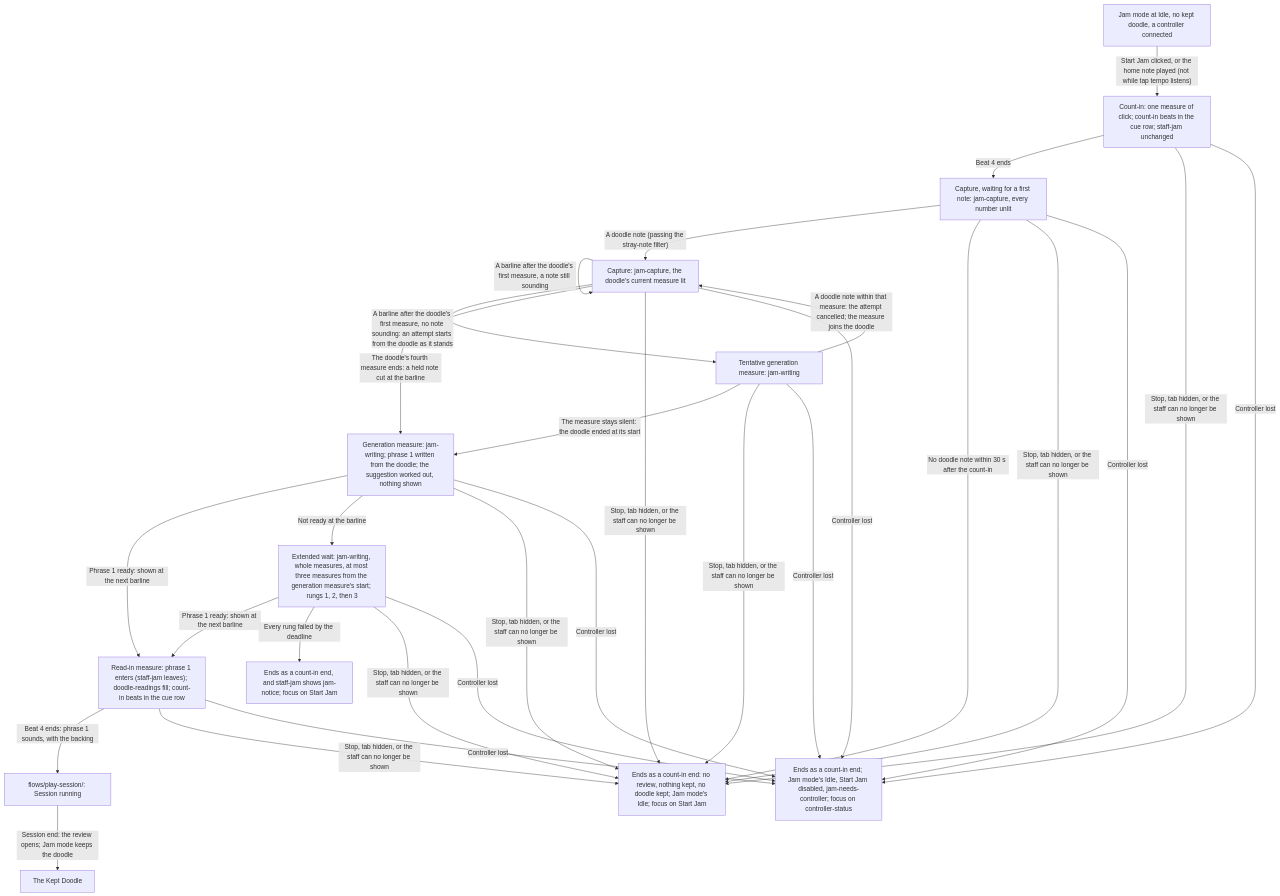
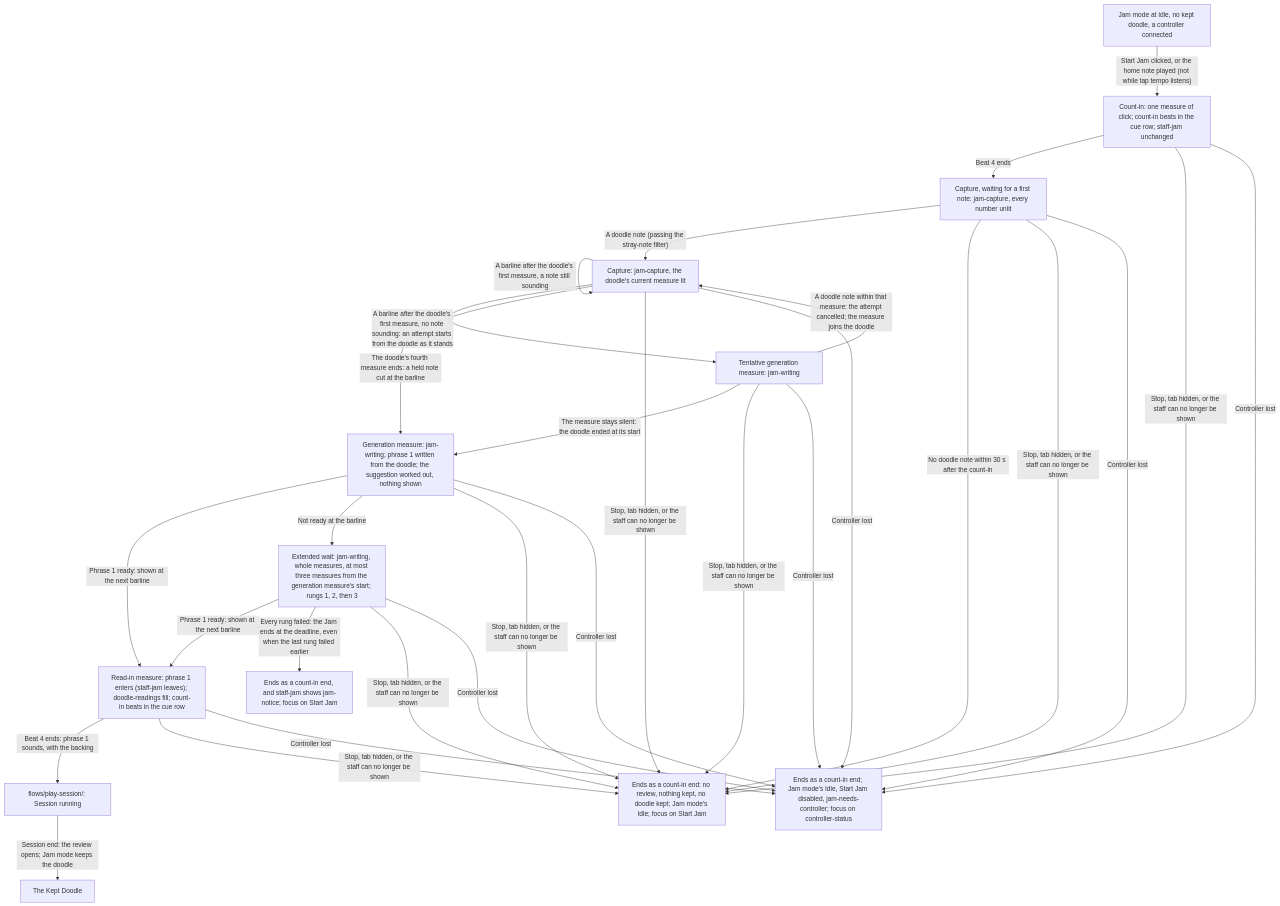
The second of 3 diagrams in ui_ux/flows/jam/handoff.md (kluthen/infinite-flow), drawn with Mermaid before and after one commit. The commit also changed other lines of this file and 3 other files, not shown here.

Commit message:
UX D447: align the Jam flow with spec D457 (phrase 2 at phrase 1's hand-over; a failed Jam ends at the deadline)

````diff
--- a/ui_ux/flows/jam/handoff.md
+++ b/ui_ux/flows/jam/handoff.md
@@ -38,23 +38,23 @@
 ```mermaid
 flowchart TD
   JI["Jam mode at Idle, no kept doodle, a controller connected"] -->|"Start Jam clicked, or the home note played (not while tap tempo listens)"| CI
   CI["Count-in: one measure of click; count-in beats in the cue row; staff-jam unchanged"] -->|"Beat 4 ends"| CW
   CW["Capture, waiting for a first note: jam-capture, every number unlit"] -->|"A doodle note (passing the stray-note filter)"| CM
   CW -->|"No doodle note within 30 s after the count-in"| END0
   CM["Capture: jam-capture, the doodle's current measure lit"] -->|"A barline after the doodle's first measure, a note still sounding"| CM
   CM -->|"A barline after the doodle's first measure, no note sounding: an attempt starts from the doodle as it stands"| TS
   CM -->|"The doodle's fourth measure ends: a held note cut at the barline"| GM
   TS["Tentative generation measure: jam-writing"] -->|"A doodle note within that measure: the attempt cancelled; the measure joins the doodle"| CM
   TS -->|"The measure stays silent: the doodle ended at its start"| GM
   GM["Generation measure: jam-writing; phrase 1 written from the doodle; the suggestion worked out, nothing shown"] -->|"Phrase 1 ready: shown at the next barline"| RI
   GM -->|"Not ready at the barline"| EW
   EW["Extended wait: jam-writing, whole measures, at most three measures from the generation measure's start; rungs 1, 2, then 3"] -->|"Phrase 1 ready: shown at the next barline"| RI
-  EW -->|"Every rung failed by the deadline"| END1
+  EW -->|"Every rung failed: the Jam ends at the deadline, even when the last rung failed earlier"| END1
   RI["Read-in measure: phrase 1 enters (staff-jam leaves); doodle-readings fill; count-in beats in the cue row"] -->|"Beat 4 ends: phrase 1 sounds, with the backing"| PS["flows/play-session/: Session running"]
   PS -->|"Session end: the review opens; Jam mode keeps the doodle"| KEPT["The Kept Doodle"]
   CI & CW & CM & TS & GM & EW & RI -->|"Stop, tab hidden, or the staff can no longer be shown"| END0
   CI & CW & CM & TS & GM & EW & RI -->|"Controller lost"| END2
   END0["Ends as a count-in end: no review, nothing kept, no doodle kept; Jam mode's Idle; focus on Start Jam"]
   END1["Ends as a count-in end, and staff-jam shows jam-notice; focus on Start Jam"]
   END2["Ends as a count-in end; Jam mode's Idle, Start Jam disabled, jam-needs-controller; focus on controller-status"]
 ```
````
